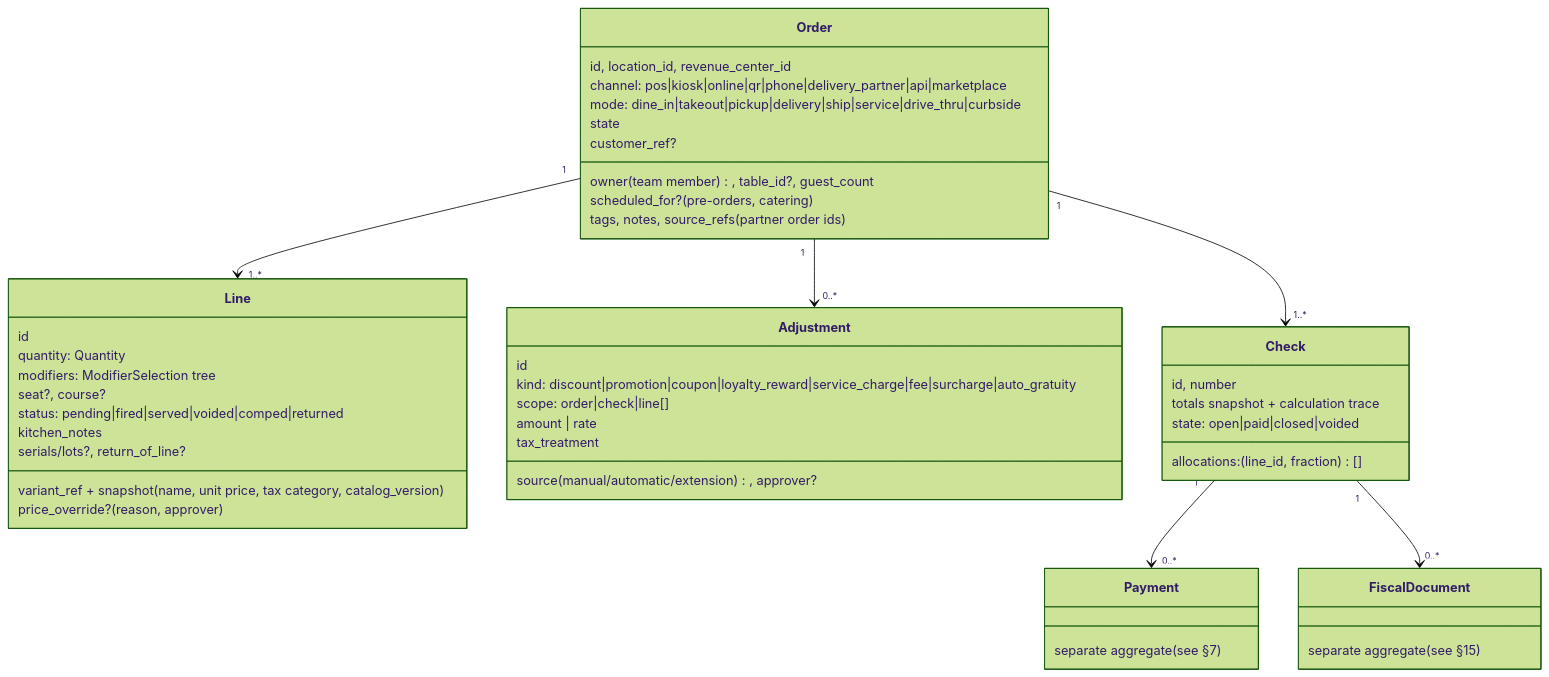
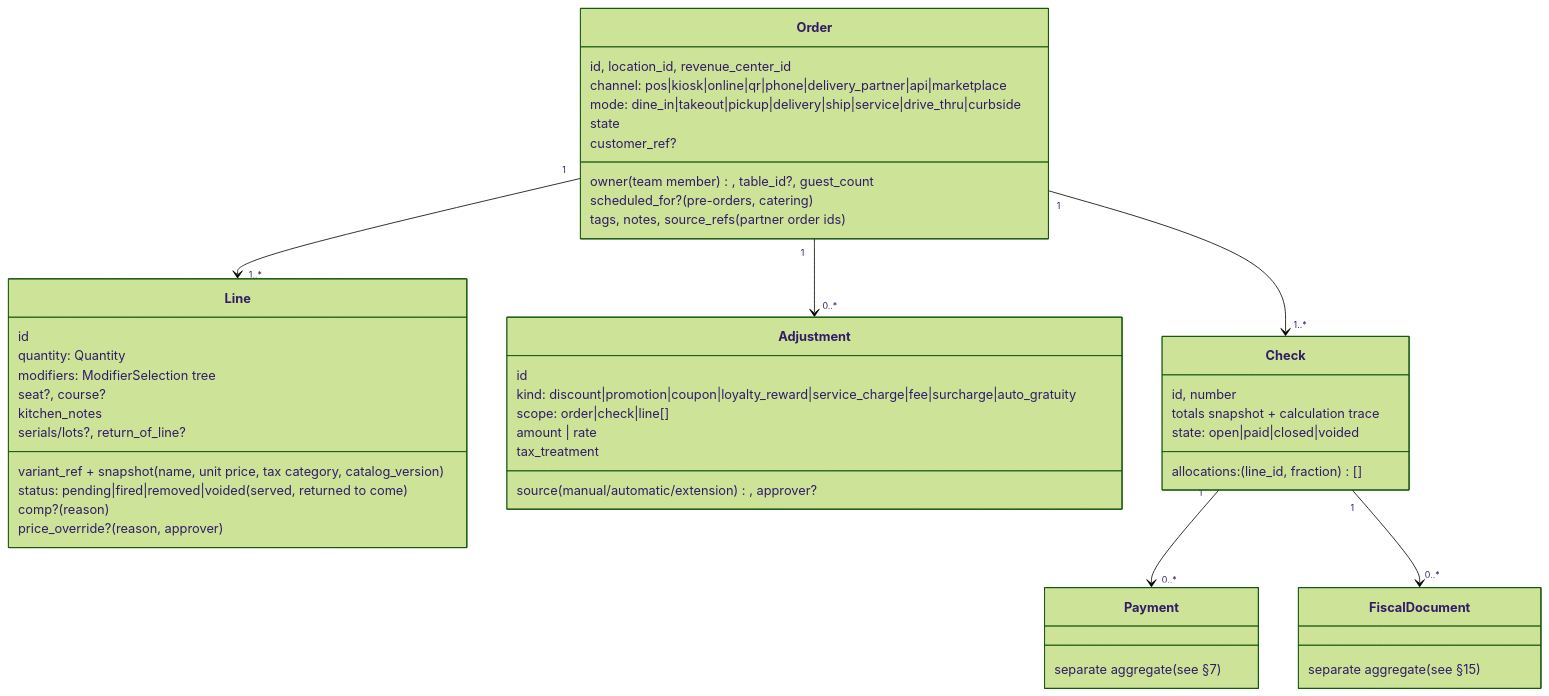
Before and after one commit to programminglab717/POS-system: the third of 5 diagrams in docs/architecture/domain-model.md, drawn with Mermaid (forest theme). The commit also changed other lines of this file and 9 other files, not shown here.

````diff
--- a/docs/architecture/domain-model.md
+++ b/docs/architecture/domain-model.md
@@ -290,49 +290,50 @@
 ```mermaid
 classDiagram
   class Order {
     id, location_id, revenue_center_id
     channel: pos|kiosk|online|qr|phone|delivery_partner|api|marketplace
     mode: dine_in|takeout|pickup|delivery|ship|service|drive_thru|curbside
     state
     owner (team member), table_id?, guest_count
     customer_ref?
     scheduled_for? (pre-orders, catering)
     tags, notes, source_refs (partner order ids)
   }
   class Line {
     id
     variant_ref + snapshot (name, unit price, tax category, catalog_version)
     quantity: Quantity
     modifiers: ModifierSelection tree
     seat?, course?
-    status: pending|fired|served|voided|comped|returned
+    status: pending|fired|removed|voided (served, returned to come)
+    comp? (reason)
     kitchen_notes
     price_override? (reason, approver)
     serials/lots?, return_of_line?
   }
   class Adjustment {
     id
     kind: discount|promotion|coupon|loyalty_reward|service_charge|fee|surcharge|auto_gratuity
     scope: order|check|line[]
     amount | rate
     tax_treatment
     source (manual/automatic/extension), approver?
   }
   class Check {
     id, number
     allocations: (line_id, fraction)[]
     totals snapshot + calculation trace
     state: open|paid|closed|voided
   }
   class Payment {
     separate aggregate (see §7)
   }
   class FiscalDocument {
     separate aggregate (see §15)
   }
   Order "1" --> "1..*" Line
   Order "1" --> "0..*" Adjustment
   Order "1" --> "1..*" Check
   Check "1" --> "0..*" Payment
   Check "1" --> "0..*" FiscalDocument
 ```
````
